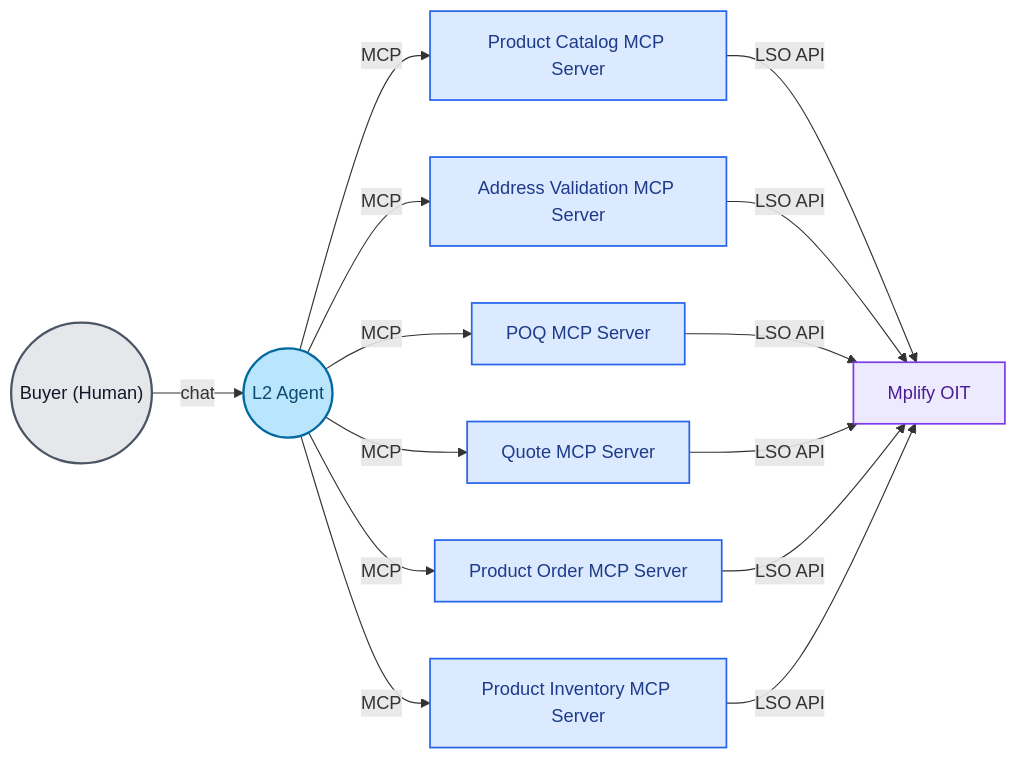
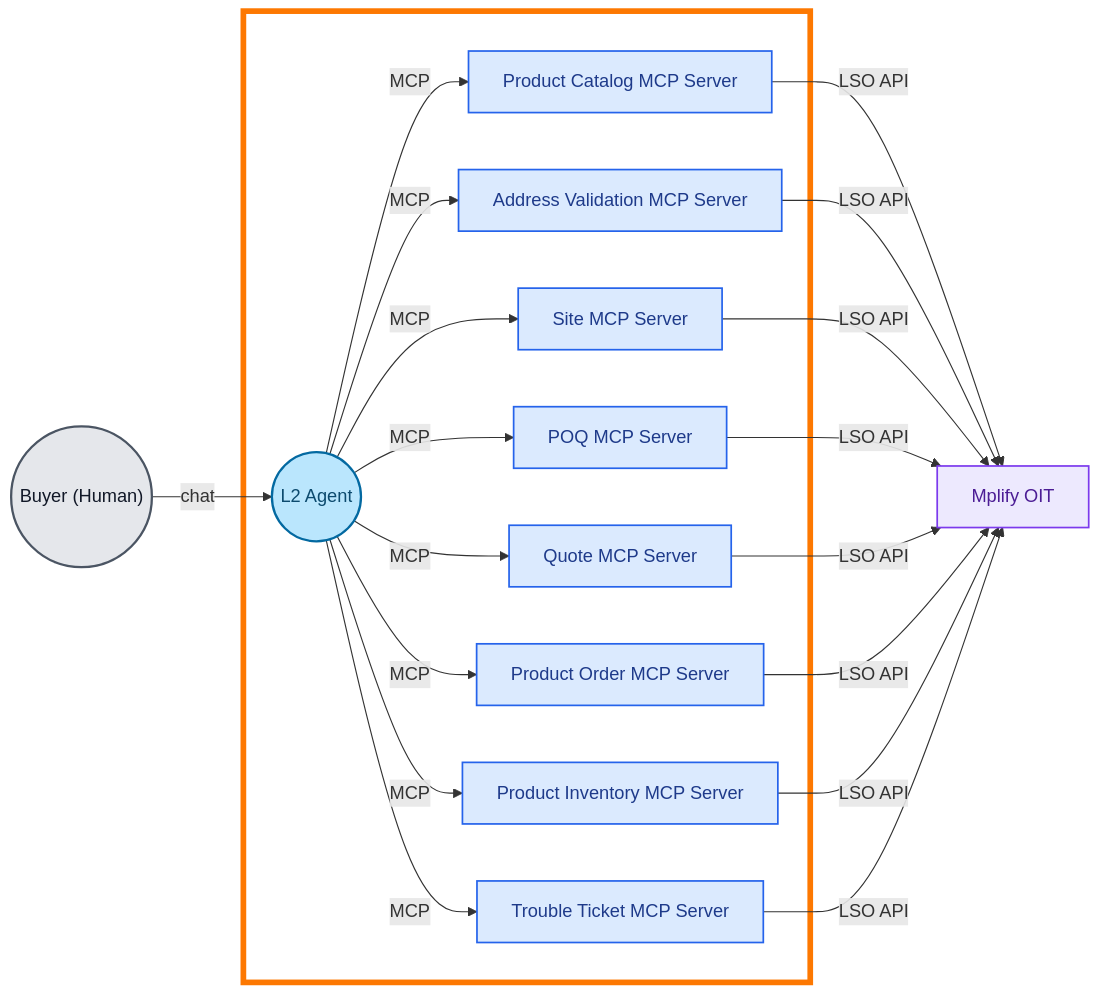
Before and after one commit to mplify-products/agentic-lso-mplify: the diagram in Agentic LSO Lisbon/agentic_lso_architecture_no_identity_blueprint.mmd, drawn with Mermaid. The commit also changed 6 other files, not shown here.

```diff
--- a/Agentic LSO Lisbon/agentic_lso_architecture_no_identity_blueprint.mmd
+++ b/Agentic LSO Lisbon/agentic_lso_architecture_no_identity_blueprint.mmd
@@ -1,27 +1,46 @@
+%%{init: {"flowchart": {"wrappingWidth": 600}}}%%
 flowchart LR
     Buyer(("Buyer (Human)")) -->|chat| Agent((L2 Agent))
 
     Agent -->|MCP| PC[Product Catalog MCP Server]
     Agent -->|MCP| AV[Address Validation MCP Server]
+    Agent -->|MCP| SITE[Site MCP Server]
     Agent -->|MCP| POQ[POQ MCP Server]
     Agent -->|MCP| QUOTE[Quote MCP Server]
     Agent -->|MCP| ORDER[Product Order MCP Server]
     Agent -->|MCP| INV[Product Inventory MCP Server]
+    Agent -->|MCP| TT[Trouble Ticket MCP Server]
+
+    subgraph BP[" "]
+        Agent
+        PC
+        AV
+        SITE
+        POQ
+        QUOTE
+        ORDER
+        INV
+        TT
+    end
+    style BP fill:transparent,stroke:#FD7801,stroke-width:5px
 
     PC -->|LSO API| BSE[Mplify  OIT]
     AV -->|LSO API| BSE
+    SITE -->|LSO API| BSE
     POQ -->|LSO API| BSE
     QUOTE -->|LSO API| BSE
     ORDER -->|LSO API| BSE
     INV -->|LSO API| BSE
+    TT -->|LSO API| BSE
+
 
     classDef actor fill:#e5e7eb,stroke:#4b5563,color:#111827,stroke-width:2px;
     classDef agent fill:#bae6fd,stroke:#0369a1,color:#0c4a6e,stroke-width:2px;
     classDef mcp fill:#dbeafe,stroke:#2563eb,color:#1e3a8a,stroke-width:1.5px;
     classDef backend fill:#ede9fe,stroke:#7c3aed,color:#4c1d95,stroke-width:1.5px;
     classDef mplify fill:#7e22ce,stroke:#6b21a8,color:#ffffff,stroke-width:1.5px;
 
     class Buyer actor;
     class Agent agent;
-    class PC,AV,POQ,QUOTE,ORDER,INV mcp;
+    class PC,AV,SITE,POQ,QUOTE,ORDER,INV,TT mcp;
     class BSE backend;
```
